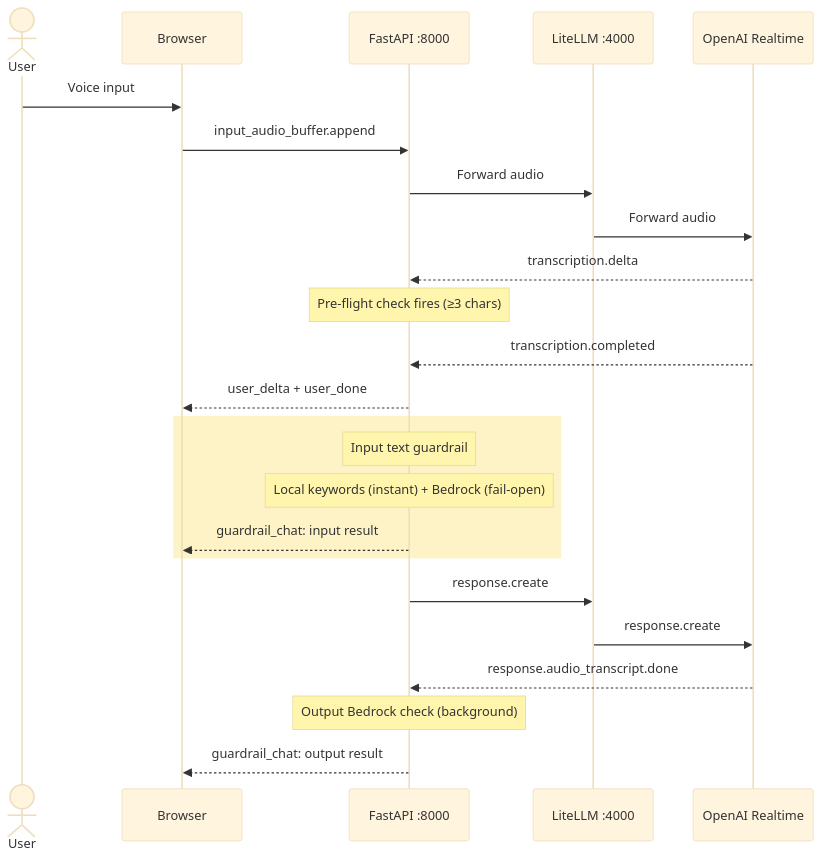
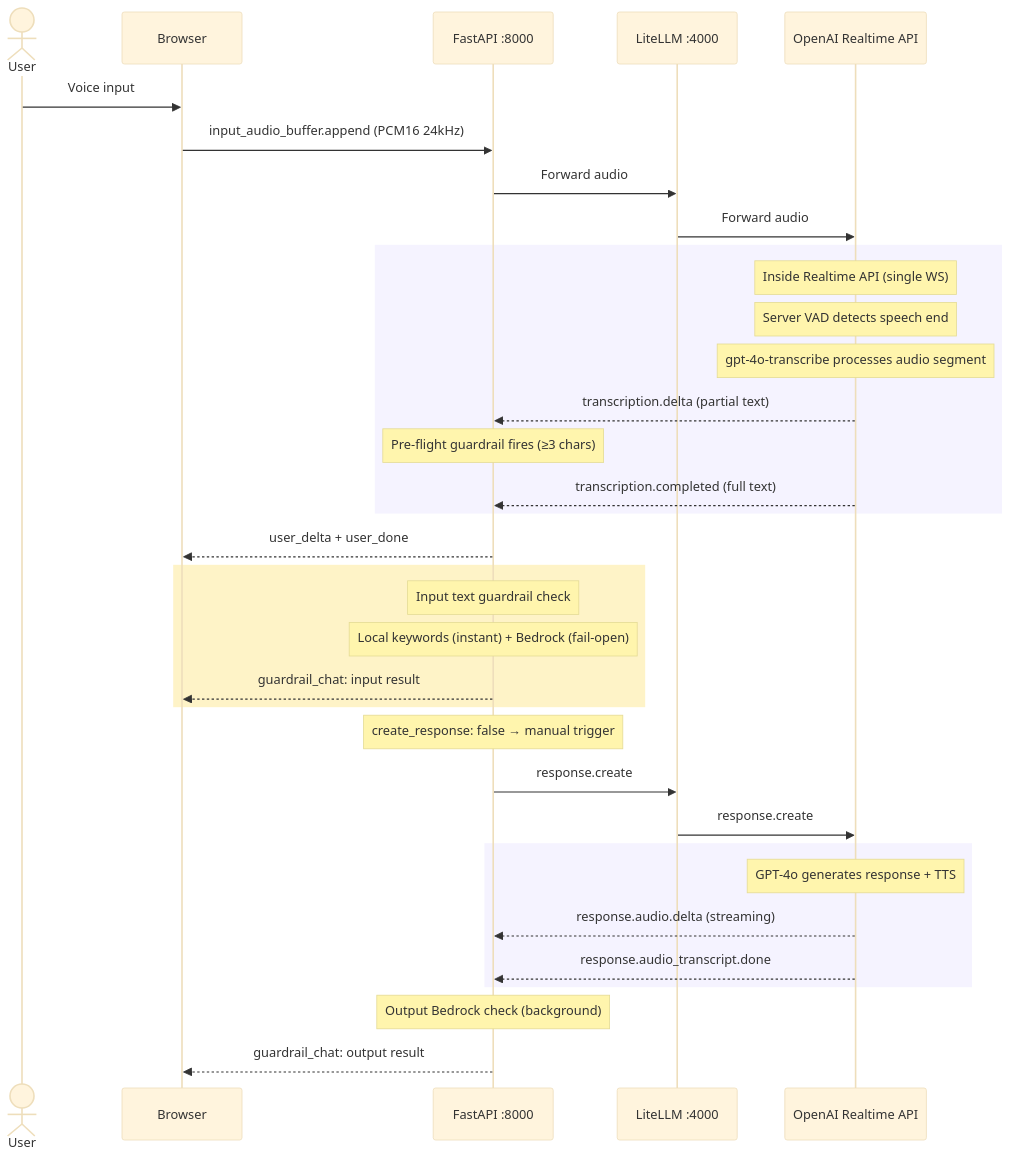
One commit to vic4code/speech-form-filling-demo changed the third of 5 diagrams in ARCHITECTURE.md. Above: the diagram before and after it, drawn with Mermaid (base theme). The commit also changed other lines of this file, not shown here.

First line of the commit message:
Update architecture diagrams: show Realtime API internal components

````diff
--- a/ARCHITECTURE.md
+++ b/ARCHITECTURE.md
@@ -105,32 +142,43 @@
 ```mermaid
 sequenceDiagram
     actor User
     participant Browser
     participant FastAPI as FastAPI :8000
     participant LiteLLM as LiteLLM :4000
-    participant OpenAI as OpenAI Realtime
+    participant OpenAI as OpenAI Realtime API
 
     User ->> Browser: Voice input
-    Browser ->> FastAPI: input_audio_buffer.append
+    Browser ->> FastAPI: input_audio_buffer.append (PCM16 24kHz)
     FastAPI ->> LiteLLM: Forward audio
     LiteLLM ->> OpenAI: Forward audio
 
-    OpenAI -->> FastAPI: transcription.delta
-    note over FastAPI: Pre-flight check fires (≥3 chars)
+    rect rgb(245, 243, 255)
+        note over OpenAI: Inside Realtime API (single WS)
+        note over OpenAI: Server VAD detects speech end
+        note over OpenAI: gpt-4o-transcribe processes audio segment
+        OpenAI -->> FastAPI: transcription.delta (partial text)
+        note over FastAPI: Pre-flight guardrail fires (≥3 chars)
+        OpenAI -->> FastAPI: transcription.completed (full text)
+    end
 
-    OpenAI -->> FastAPI: transcription.completed
     FastAPI -->> Browser: user_delta + user_done
 
     rect rgb(254, 243, 199)
-        note over FastAPI: Input text guardrail
+        note over FastAPI: Input text guardrail check
         note over FastAPI: Local keywords (instant) + Bedrock (fail-open)
         FastAPI -->> Browser: guardrail_chat: input result
     end
 
+    note over FastAPI: create_response: false → manual trigger
     FastAPI ->> LiteLLM: response.create
     LiteLLM ->> OpenAI: response.create
 
-    OpenAI -->> FastAPI: response.audio_transcript.done
+    rect rgb(245, 243, 255)
+        note over OpenAI: GPT-4o generates response + TTS
+        OpenAI -->> FastAPI: response.audio.delta (streaming)
+        OpenAI -->> FastAPI: response.audio_transcript.done
+    end
+
     note over FastAPI: Output Bedrock check (background)
     FastAPI -->> Browser: guardrail_chat: output result
 ```
````
